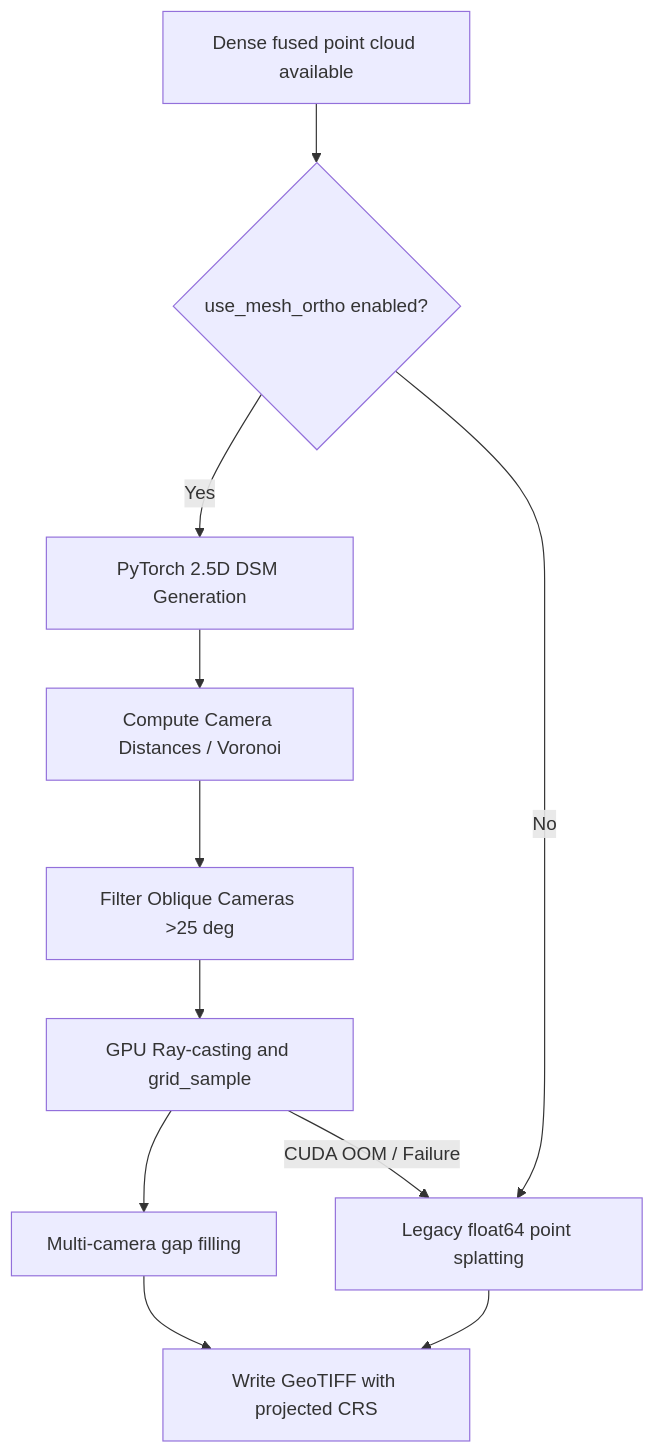
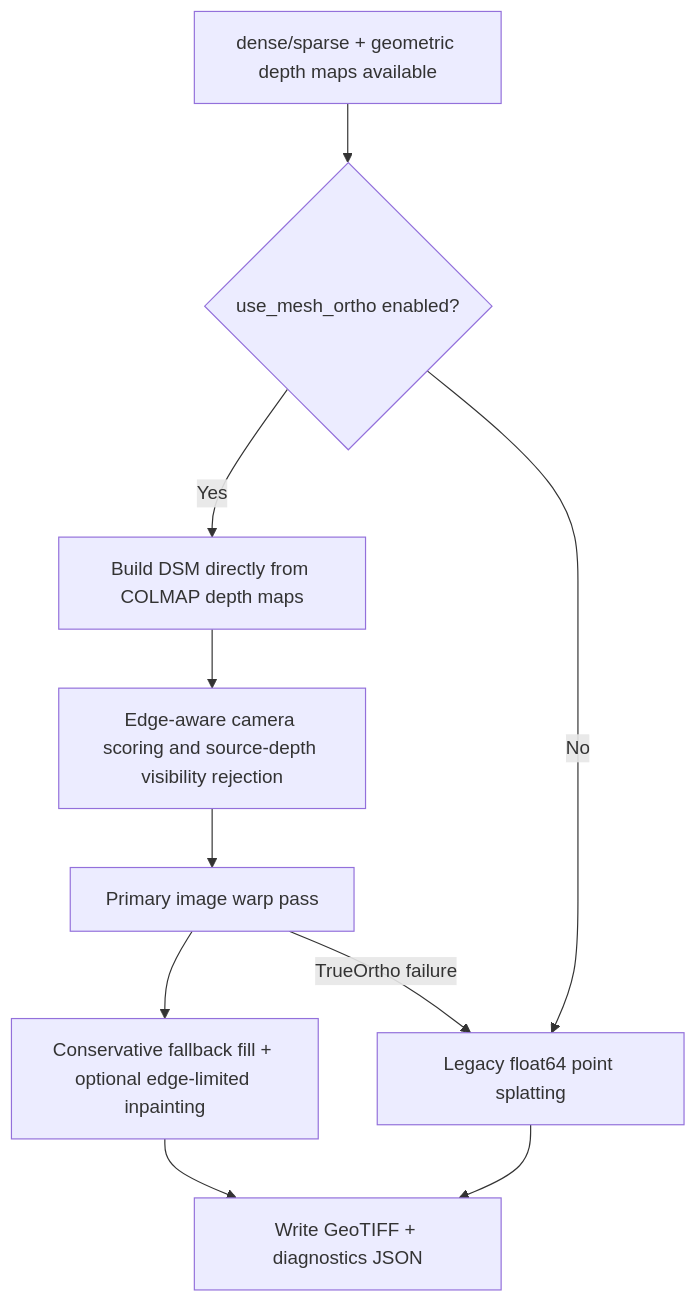
The fourth of 8 diagrams in DOCUMENTATION.md (olivelb/DroneAI), drawn with Mermaid before and after one commit. The commit also changed other lines of this file and 6 other files, not shown here.

Commit message:
Harden TrueOrtho runtime and document changes

````diff
--- a/DOCUMENTATION.md
+++ b/DOCUMENTATION.md
@@ -736,13 +766,12 @@
 ```mermaid
 flowchart TD
-    A[Dense fused point cloud available] --> B{use_mesh_ortho enabled?}
-    B -->|Yes| C[PyTorch 2.5D DSM Generation]
-    C --> D[Compute Camera Distances / Voronoi]
-    D --> E[Filter Oblique Cameras >25 deg]
-    E --> F[GPU Ray-casting and grid_sample]
-    F --> G[Multi-camera gap filling]
-    G --> H[Write GeoTIFF with projected CRS]
+  A[dense/sparse + geometric depth maps available] --> B{use_mesh_ortho enabled?}
+  B -->|Yes| C[Build DSM directly from COLMAP depth maps]
+  C --> D[Edge-aware camera scoring and source-depth visibility rejection]
+  D --> E[Primary image warp pass]
+  E --> F[Conservative fallback fill + optional edge-limited inpainting]
+  F --> H[Write GeoTIFF + diagnostics JSON]
     B -->|No| I[Legacy float64 point splatting]
-    F -->|CUDA OOM / Failure| I
+  E -->|TrueOrtho failure| I
     I --> H
 ```
````
